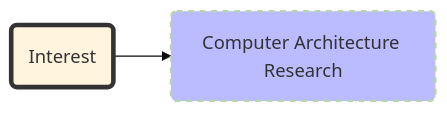
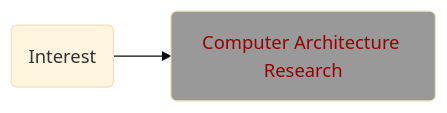
One commit to codverch/codverch changed the second of 2 diagrams in README.md. Above: the diagram before and after it, drawn with Mermaid (base theme).

````diff
--- a/README.md
+++ b/README.md
@@ -9,6 +9,6 @@
 ```mermaid
 flowchart LR
     id1(Interest)-->id2(Computer Architecture Research)
-    style id1 fill:#5b,stroke:#333,stroke-width:4px
-    style id2 fill:#bbf,stroke:#b6d7a8,stroke-width:2px,color:##fff2cc,stroke-dasharray: 5 5
+    style id1 fill:#5b
+    style id2 fill:#999999,color:#990000
 ```
````
